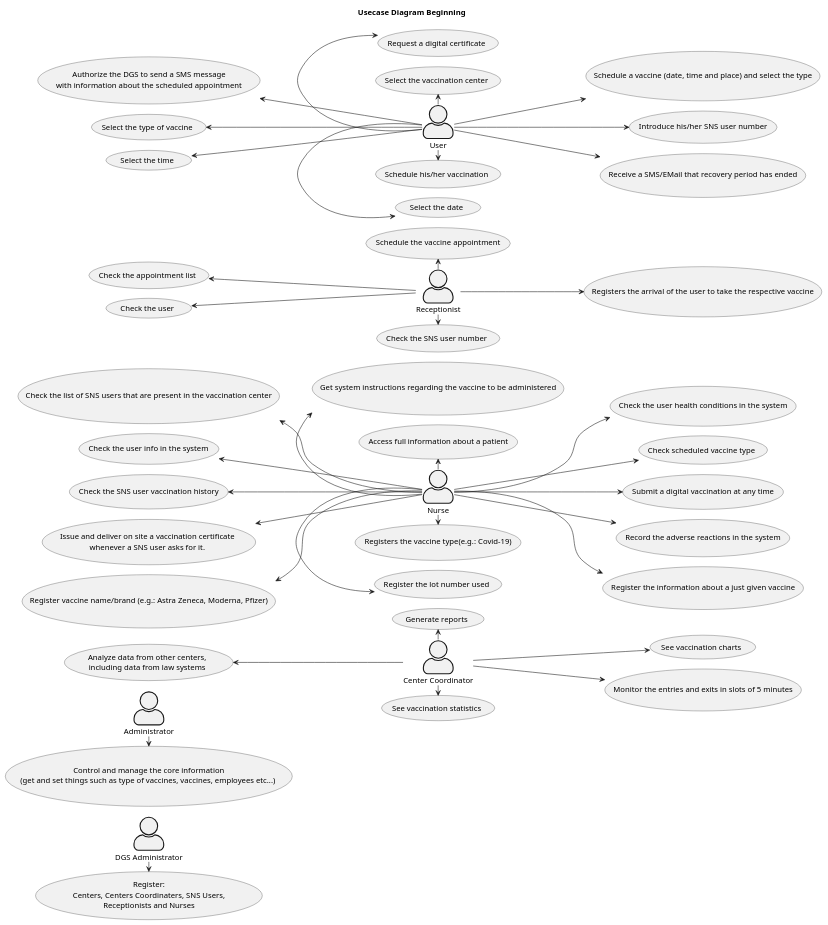
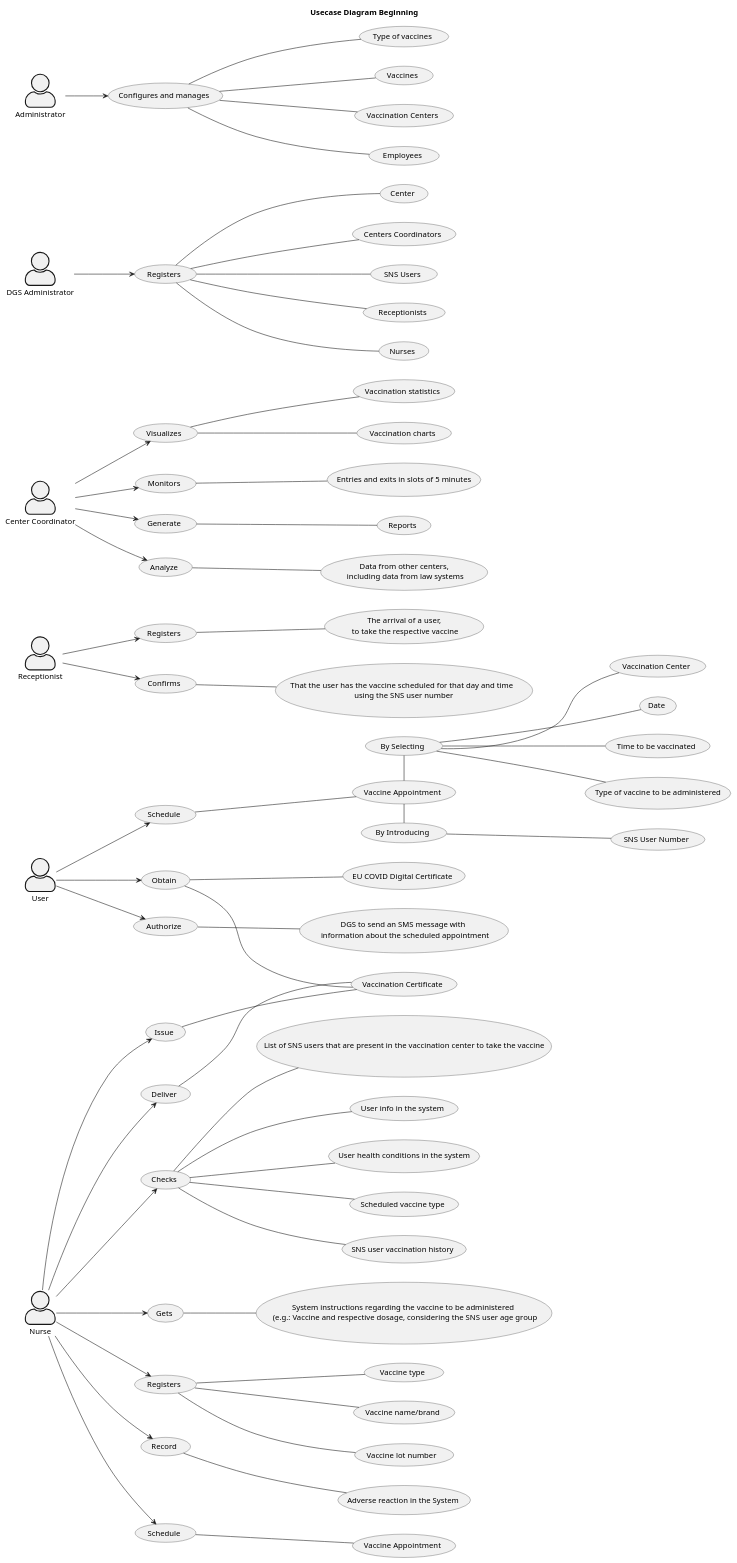
One commit to Pirussa/lei-22-s2-1da-g02 changed the diagram in docs/SprintA/UCD.puml. Above: the diagram before and after it, drawn with PlantUML. The commit also changed 1 other file, not shown here.

Commit message:
UCD Rework in the UML, almost finished. Beggining of small changes in the md file.

```diff
--- a/docs/SprintA/UCD.puml
+++ b/docs/SprintA/UCD.puml
@@ -1,155 +1,141 @@
 @startuml
 'https://plantuml.com/use-case-diagram
+'!pragma layout smetana
 
-!pragma layout smetana
-
+left to right direction
+title Usecase Diagram Beginning
 skinparam actorStyle awesome
 skinparam titleBorderRoundCorner 15
 skinparam titleBorderThickness 2
 
-left to right direction
-title Usecase Diagram Beginning
+'Receptionist
+Usecase UC14 as "Registers"
+UC14 -d- (The arrival of a user,\n to take the respective vaccine)
+
+Usecase UC15 as "Confirms"
+UC15 -d- (That the user has the vaccine scheduled for that day and time \n using the SNS user number)
+
+
+
+'Centre Coordinator
+Usecase UC3 as "Visualizes"
+UC3 -d- (Vaccination statistics)
+UC3 -d- (Vaccination charts)
+
+Usecase UC4 as "Monitors"
+UC4 -d- (Entries and exits in slots of 5 minutes)
+
+Usecase UC5 as "Generate"
+UC5 -d- (Reports)
+
+Usecase UC6 as "Analyze"
+UC6 -d- (Data from other centers,\n including data from law systems)
+
+
 
 'DGS Administrator
 'UC1
-Usecase UC1 as "Register:
-Centers, Centers Coordinaters, SNS Users,
-Receptionists and Nurses"
+Usecase UC2 as "Registers"
+UC2 -d- (Center)
+UC2 -d- (Centers Coordinators)
+UC2 -d- (SNS Users)
+UC2 -d- (Receptionists)
+UC2 -d- (Nurses)
+
+
 
 'Administrator
 'UC2
-Usecase UC2 as "Control and manage the core information
- (get and set things such as type of vaccines, vaccines, employees etc...) "
+Usecase UC1 as "Configures and manages"
+UC1 -d- (Type of vaccines)
+UC1 -d- (Vaccines)
+UC1 -d- (Vaccination Centers)
+UC1 -d- (Employees)
 
-'Centre Coordinator
-'UC3
-Usecase UC3 as "See vaccination statistics"
-'UC4
-Usecase UC4 as "See vaccination charts"
-'UC5
-Usecase UC5 as "Generate reports"
-'UC6
-Usecase UC6 as "Analyze data from other centers,
- including data from law systems"
-'UC7
-Usecase UC7 as "Monitor the entries and exits in slots of 5 minutes"
+
+'User
+Usecase UC16 as "Schedule"
+(By Introducing) as B
+(Vaccine Appointment) as V
+UC16 -d- V
+V -r- B
+(By Selecting) as Bs
+V -l- Bs
+Bs -d- (Vaccination Center)
+Bs -d- (Date)
+Bs -d- (Time to be vaccinated)
+Bs -d- (Type of vaccine to be administered)
+B -d- (SNS User Number)
+
+Usecase UC17 as "Obtain"
+UC17 -d- (Vaccination Certificate)
+UC17 -d- (EU COVID Digital Certificate)
+
+Usecase UC18 as "Authorize"
+UC18 -d- (DGS to send an SMS message with \n information about the scheduled appointment)
+
+
 
 'Nurse
-'UC8
-Usecase UC8 as "Check the user health conditions in the system"
-'UC9
-Usecase UC9 as "Check scheduled vaccine type"
-'UC10
-Usecase UC10 as "Submit a digital vaccination at any time"
-'UC11
-Usecase UC11 as "Check the list of SNS users that are present in the vaccination center"
-'UC12
-Usecase UC12 as "Check the user info in the system"
-'UC13
-Usecase UC13 as "Check the SNS user vaccination history"
-'UC14
-Usecase UC14 as "Get system instructions regarding the vaccine to be administered"
-'UC15
-Usecase UC15 as "Access full information about a patient"
-'UC16
-Usecase UC16 as "Record the adverse reactions in the system"
-'UC17
-Usecase UC17 as "Issue and deliver on site a vaccination certificate
- whenever a SNS user asks for it."
-'UC18
-Usecase UC18 as "Register the information about a just given vaccine"
-'UC19
-Usecase UC19 as "Register the lot number used"
-'UC20
-Usecase UC20 as "Registers the vaccine type(e.g.: Covid-19)"
-'UC21
-Usecase UC21 as "Register vaccine name/brand (e.g.: Astra Zeneca, Moderna, Pfizer)"
+Usecase UC7 as "Issue"
+UC7 -d- (Vaccination Certificate)
+Usecase UC8 as "Deliver"
+UC8 -d- (Vaccination Certificate)
 
-'Receptionist
-'UC22
-Usecase UC22 as "Check the appointment list"
-'UC23
-Usecase UC23 as "Check the user"
-'UC24
-Usecase UC24 as "Schedule the vaccine appointment"
-'UC25
-Usecase UC25 as "Check the SNS user number"
-'UC26
-Usecase UC26 as "Registers the arrival of the user to take the respective vaccine"
-'UC27
+Usecase UC9 as "Checks"
+UC9 -d- (List of SNS users that are present in the vaccination center to take the vaccine)
+UC9 -d- (User info in the system)
+UC9 -d- (User health conditions in the system)
+UC9 -d- (Scheduled vaccine type)
+UC9 -d- (SNS user vaccination history)
 
-'User
-'UC27
-Usecase UC27 as "Schedule a vaccine (date, time and place) and select the type"
-'UC28
-Usecase UC28 as "Request a digital certificate"
-'UC29
-Usecase UC29 as "Authorize the DGS to send a SMS message
- with information about the scheduled appointment"
-'UC30
-Usecase UC30 as "Select the date"
-'UC31
-Usecase UC31 as "Introduce his/her SNS user number"
-'UC32
-Usecase UC32 as "Receive a SMS/EMail that recovery period has ended"
-'UC33
-Usecase UC33 as "Select the type of vaccine"
-'UC34
-Usecase UC34 as "Select the time"
-'UC35
-Usecase UC35 as "Schedule his/her vaccination"
-'UC36
-Usecase UC36 as "Select the vaccination center"
+Usecase UC10 as "Gets"
+UC10 -d- (System instructions regarding the vaccine to be administered \n (e.g.: Vaccine and respective dosage, considering the SNS user age group)
 
-'Administrators
-:DGS Administrator:-r-> UC1
-:Administrator: -r-> UC2
+Usecase UC11 as "Registers"
+UC11 -d- (Vaccine type)
+UC11 -d- (Vaccine name/brand)
+UC11 -d- (Vaccine lot number )
+
+Usecase UC12 as "Record"
+UC12 -d- (Adverse reaction in the System)
+
+Usecase UC13 as "Schedule"
+UC13 -d- (Vaccine Appointment)
 
 
-'Center Coordinator
+
+
 :Center Coordinator: as CC
- CC -> UC3
- CC --> UC4
- CC -l-> UC5
- CC -u-> UC6
- CC -d-> UC7
+ CC -d-> UC3
+ CC -d-> UC4
+ CC -d-> UC5
+ CC -d-> UC6
+
+:Administrator: -d-> UC1
+:DGS Administrator: -d-> UC2
+
 
  'Nurse
  :Nurse: as N
+N -d-> UC7
 N -d-> UC8
 N -d-> UC9
 N -d-> UC10
-N -u-> UC11
-N -u-> UC12
-N -u-> UC13
-N -l-> UC14
-N -l-> UC15
-N -d-> UC16
-N -u-> UC17
-N -d-> UC18
-N -r-> UC19
-N -r-> UC20
-N -u-> UC21
+N -d-> UC11
+N -d-> UC12
+N -d-> UC13
 
 'Receptionist
 :Receptionist: as R
-R -u-> UC22
-R -u-> UC23
-R -l-> UC24
-R -r-> UC25
-R -d-> UC26
+R -d-> UC14
+R -d-> UC15
 
 'User
 :User: as U
-U -d-> UC27
-U -l-> UC28
-U -u-> UC29
-U -r-> UC30
-U -d-> UC31
-U -d-> UC32
-U -u-> UC33
-U -u-> UC34
-U -r-> UC35
-U -l-> UC36
+U -d-> UC16
+U -d-> UC17
+U -d-> UC18
+
 
 @enduml
```
